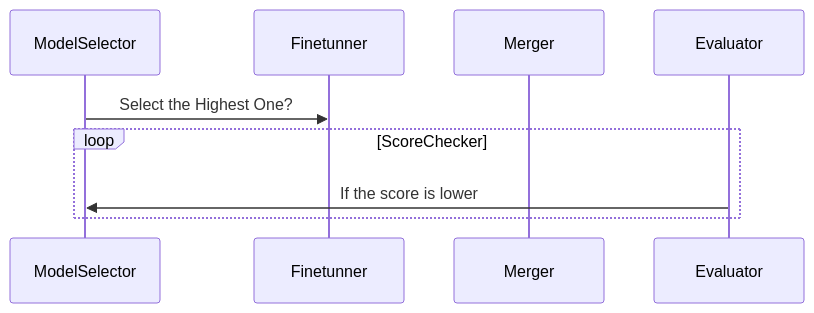
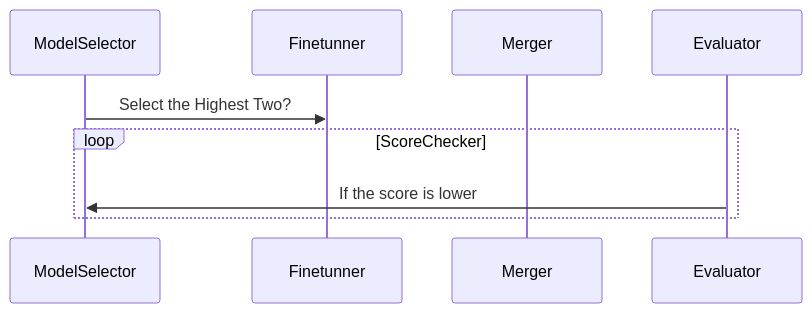
One commit to javafa/javafa changed the diagram in README.md. Above: the diagram before and after it, drawn with Mermaid.

````diff
--- a/README.md
+++ b/README.md
@@ -18,11 +18,11 @@
 ```mermaid
 sequenceDiagram
     participant ModelSelector
     participant Finetunner
     participant Merger
     participant Evaluator
-    ModelSelector->>Finetunner: Select the Highest One?
+    ModelSelector->>Finetunner: Select the Highest Two?
     loop ScoreChecker
         Evaluator->>ModelSelector: If the score is lower
     end
 ```
````
